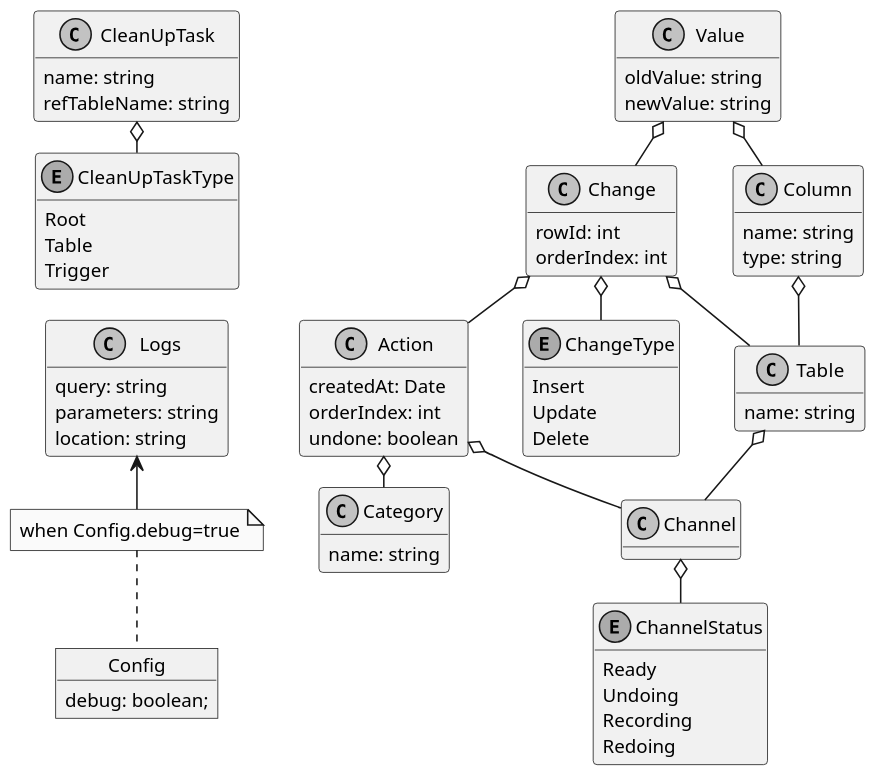
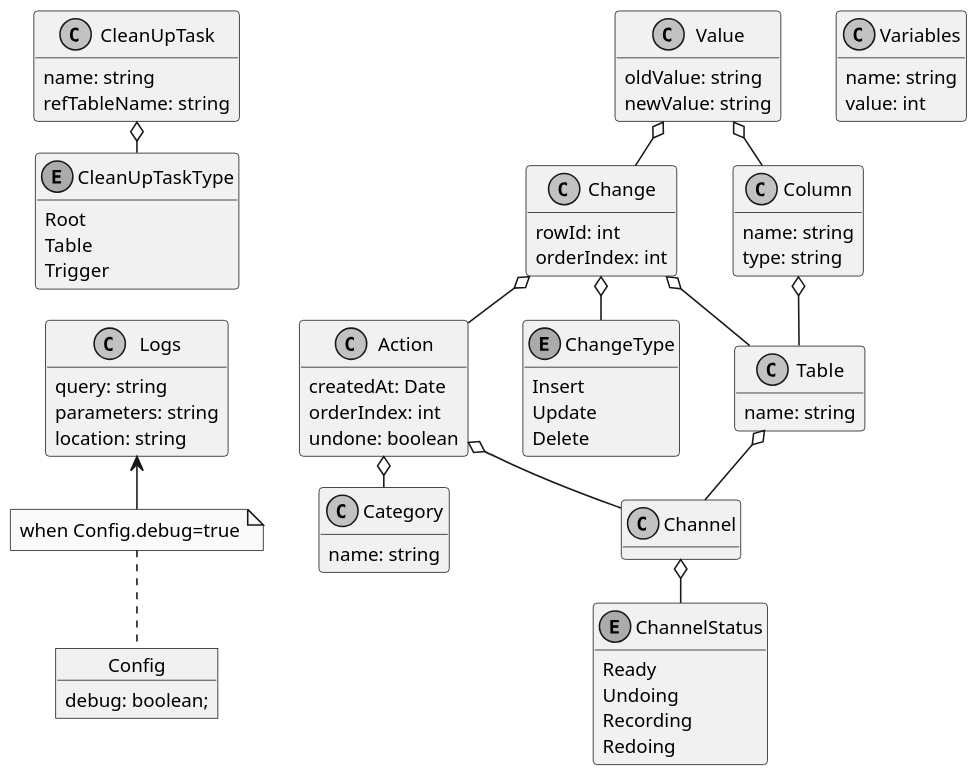
The diagram in docs/tables.puml (Lotes/sqlite-undo-log), drawn with PlantUML before and after one commit. The commit also changed 1 other file, not shown here.

```diff
--- a/docs/tables.puml
+++ b/docs/tables.puml
@@ -1,95 +1,100 @@
 @startuml Tables
 skinparam monochrome true
 skinparam ranksep 20
 skinparam dpi 150
 skinparam packageTitleAlignment left
 skinparam usecaseBorderThickness 0.4
 skinparam defaultFontSize 12
 skinparam rectangleBorderThickness 1
 hide methods
 
 class Category {
   name: string
 }
 
 class Action {
   createdAt: Date
   orderIndex: int
   undone: boolean
 }
 
 class Change {
   rowId: int
   orderIndex: int
 }
 
 enum ChangeType {
   Insert
   Update
   Delete
 }
 
 class Table {
   name: string
 }
 
 class Column {
   name: string
   type: string
 }
 
 class Value {
   oldValue: string
   newValue: string
 }
 
 class Channel {
 }
 
 enum ChannelStatus {
   Ready
   Undoing
   Recording
   Redoing
 }
 
 class CleanUpTask {
   name: string
   refTableName: string
 }
 
 enum CleanUpTaskType {
   Root
   Table
   Trigger
 }
 
 class Logs {
   query: string
   parameters: string
   location: string
 }
 
 object Config {
   debug: boolean;
 }
 
+class Variables {
+  name: string
+  value: int
+}
+
 note as NoteLogs
 when Config.debug=true
 end note
 
 Channel o-- ChannelStatus
 Action o-- Channel
 Action o-- Category
 Change o-- Table
 Change o-- Action
 Change o-- ChangeType
 Table o-- Channel
 Column o-- Table 
 Value o-- Column
 Value o-- Change
 CleanUpTask o-- CleanUpTaskType
 Logs -[hidden]up- CleanUpTaskType
 NoteLogs -up-> Logs 
 NoteLogs .down. Config 
 @enduml
```
